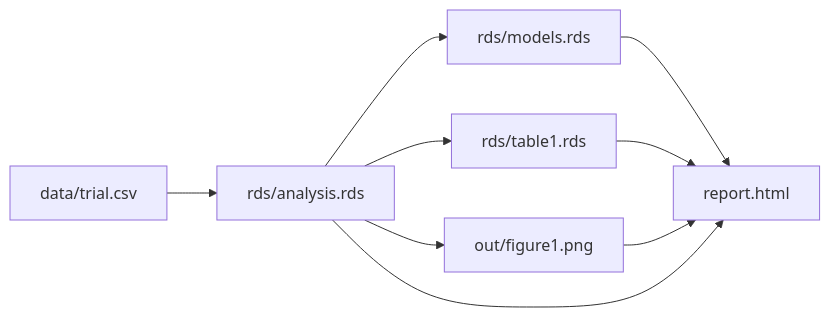
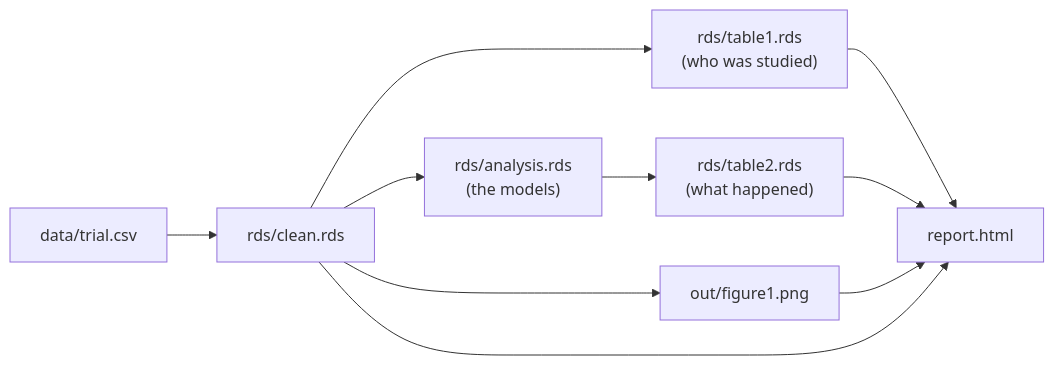
The diagram in 08-analysis-pipeline.qmd (lharris421/snakemake-tutorial), drawn with Mermaid before and after one commit. The commit also changed other lines of this file and 34 other files, not shown here.

First line of the commit message:
Restructure the analysis example around Table 1 and Table 2

````diff
--- a/08-analysis-pipeline.qmd
+++ b/08-analysis-pipeline.qmd
@@ -25,12 +25,13 @@
 ```{mermaid}
 %%| fig-align: center
 flowchart LR
-  R[data/trial.csv] --> C[rds/analysis.rds]
-  C --> M[rds/models.rds]
-  C --> T[rds/table1.rds]
+  R[data/trial.csv] --> C[rds/clean.rds]
+  C --> T1["rds/table1.rds<br/>(who was studied)"]
+  C --> A["rds/analysis.rds<br/>(the models)"]
+  A --> T2["rds/table2.rds<br/>(what happened)"]
   C --> F[out/figure1.png]
-  M --> P[report.html]
-  T --> P
+  T1 --> P[report.html]
+  T2 --> P
   F --> P
   C --> P
 ```
````
